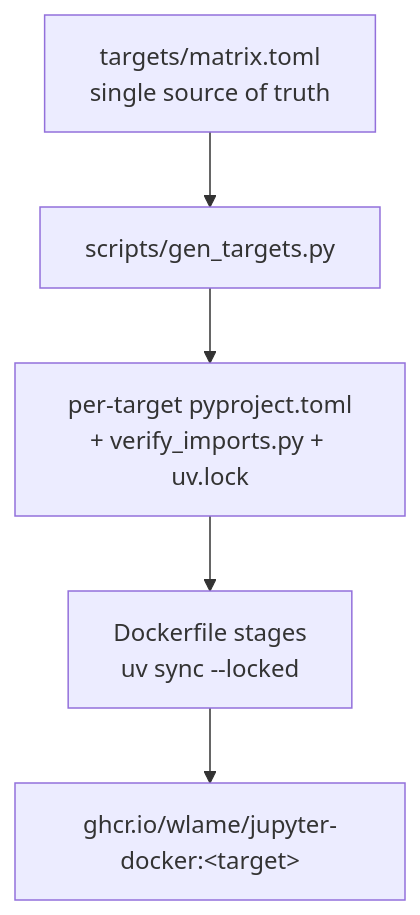
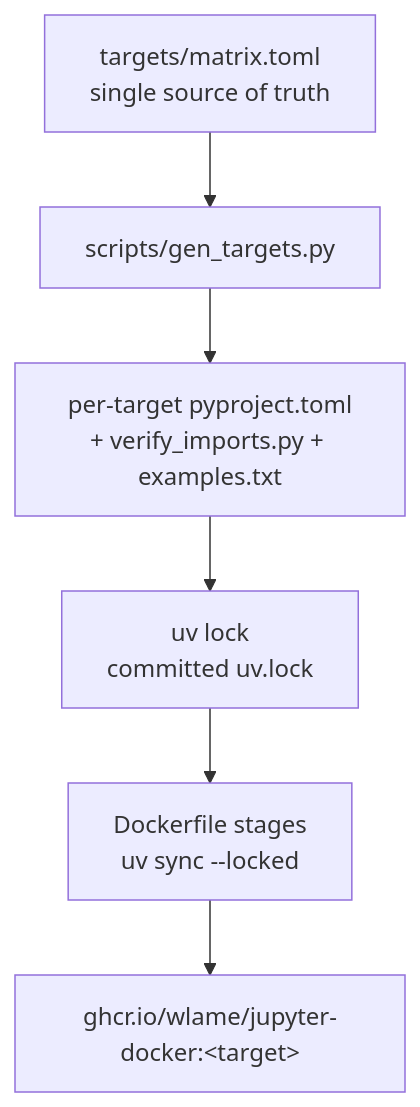
Before and after one commit to wlame/jupyter-docker: the diagram in docs/about.md, drawn with Mermaid. The commit also changed other lines of this file and 17 other files, not shown here.

````diff
--- a/docs/about.md
+++ b/docs/about.md
@@ -53,7 +54,8 @@
 ```mermaid
 flowchart TD
     A[targets/matrix.toml<br/>single source of truth] --> B[scripts/gen_targets.py]
-    B --> C[per-target pyproject.toml<br/>+ verify_imports.py + uv.lock]
-    C --> D[Dockerfile stages<br/>uv sync --locked]
+    B --> C[per-target pyproject.toml<br/>+ verify_imports.py + examples.txt]
+    C --> L[uv lock<br/>committed uv.lock]
+    L --> D[Dockerfile stages<br/>uv sync --locked]
     D --> E[ghcr.io/wlame/jupyter-docker:&lt;target&gt;]
 ```
````
